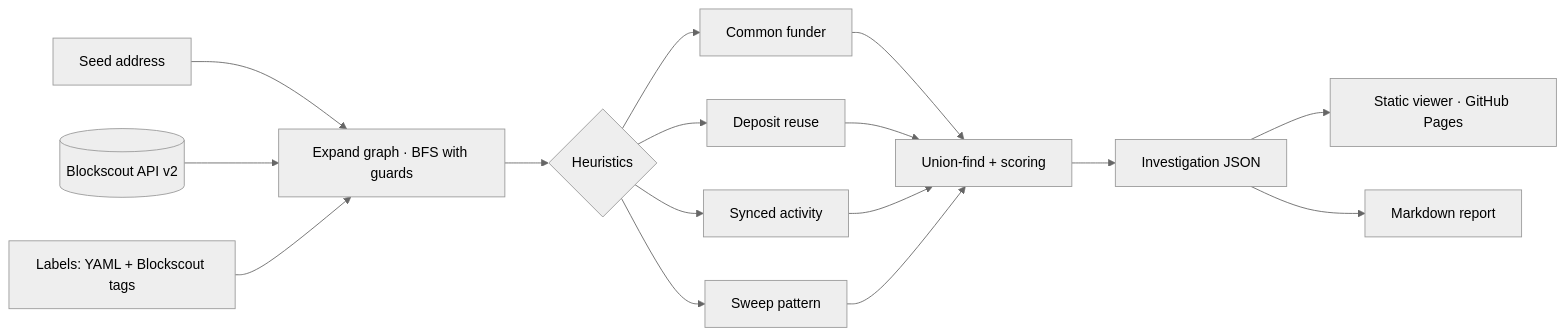
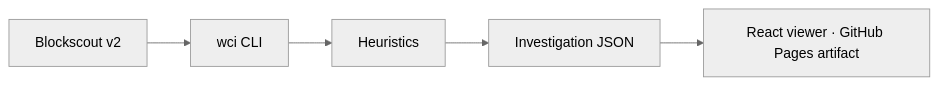
Before and after one commit to osobennyj/warehouse-of-sites: the diagram in projects/things-i-built/content/projects/wallet-cluster-investigator.md, drawn with Mermaid (neutral theme). The commit also changed other lines of this file and 8 other files, not shown here.

````diff
--- a/projects/things-i-built/content/projects/wallet-cluster-investigator.md
+++ b/projects/things-i-built/content/projects/wallet-cluster-investigator.md
@@ -43,14 +38,7 @@
 ```mermaid
 flowchart LR
-  S[Seed address] --> E[Expand graph · BFS with guards]
-  BS[(Blockscout API v2)] --> E
-  L[Labels: YAML + Blockscout tags] --> E
-  E --> HX{Heuristics}
-  HX --> H1[Common funder]
-  HX --> H2[Deposit reuse]
-  HX --> H3[Synced activity]
-  HX --> H4[Sweep pattern]
-  H1 & H2 & H3 & H4 --> U[Union-find + scoring]
-  U --> J[Investigation JSON] --> V[Static viewer · GitHub Pages]
-  J --> R[Markdown report]
+  BS[Blockscout v2] --> CLI[wci CLI]
+  CLI --> H[Heuristics]
+  H --> J[Investigation JSON]
+  J --> V[React viewer · GitHub Pages artifact]
 ```
````
